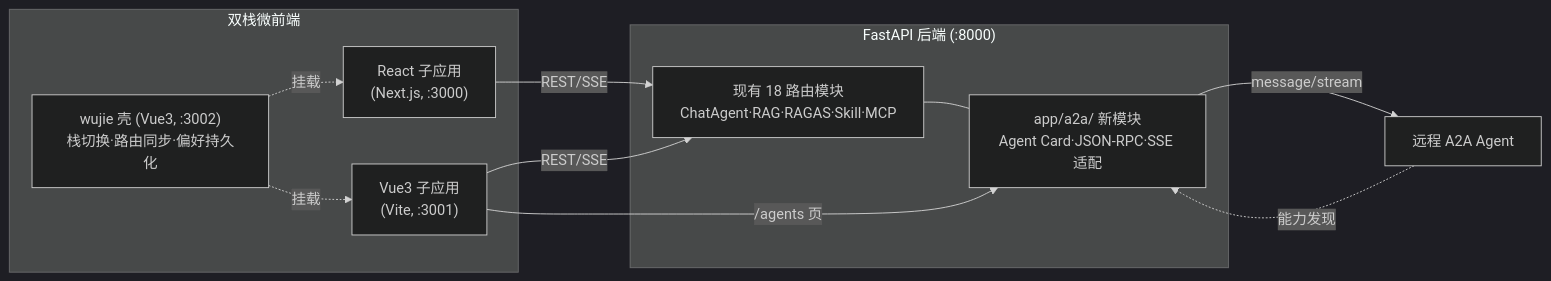
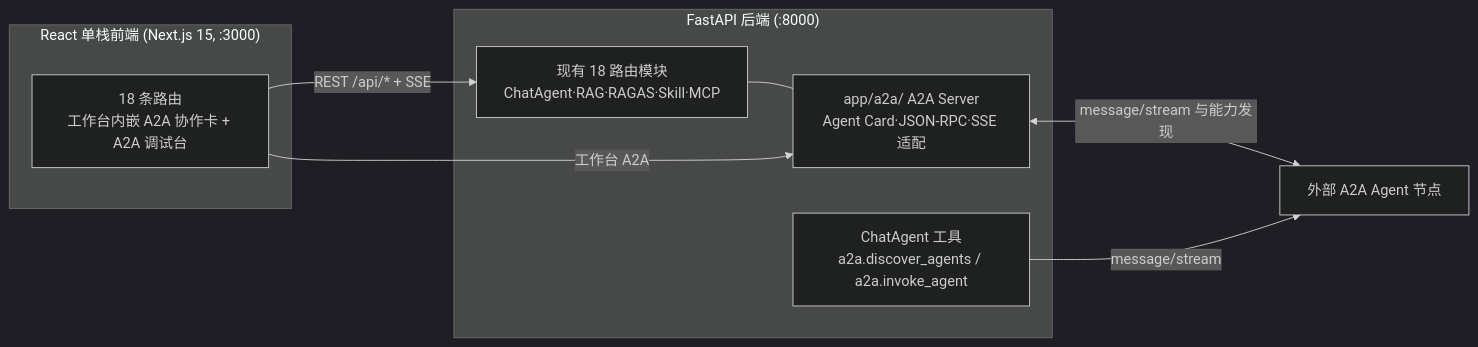
The diagram in docs/重构技术方案.md (WJLGraph/PRism), drawn with Mermaid (dark theme) before and after one commit. The commit also changed other lines of this file and 80 other files, not shown here.

First line of the commit message:
feat: 工作台内嵌 A2A 多智能体协作，移除 Vue 双栈

````diff
--- a/docs/重构技术方案.md
+++ b/docs/重构技术方案.md
@@ -11,20 +11,17 @@
 ```mermaid
 flowchart LR
-    subgraph FE["双栈微前端"]
-        SHELL["wujie 壳 (Vue3, :3002)<br/>栈切换·路由同步·偏好持久化"]
-        REACT["React 子应用<br/>(Next.js, :3000)"]
-        VUE["Vue3 子应用<br/>(Vite, :3001)"]
-        SHELL -.挂载.-> REACT
-        SHELL -.挂载.-> VUE
+    subgraph FE["React 单栈前端 (Next.js 15, :3000)"]
+        PAGE["18 条路由<br/>工作台内嵌 A2A 协作卡 + A2A 调试台"]
     end
     subgraph BE["FastAPI 后端 (:8000)"]
         API["现有 18 路由模块<br/>ChatAgent·RAG·RAGAS·Skill·MCP"]
-        A2A["app/a2a/ 新模块<br/>Agent Card·JSON-RPC·SSE 适配"]
+        A2A["app/a2a/ A2A Server<br/>Agent Card·JSON-RPC·SSE 适配"]
+        TOOLS["ChatAgent 工具<br/>a2a.discover_agents / a2a.invoke_agent"]
         API --- A2A
     end
-    REACT -->|REST/SSE| API
-    VUE -->|REST/SSE| API
-    A2A -->|message/stream| REMOTE["远程 A2A Agent"]
-    REMOTE -.能力发现.-> A2A
-    VUE -->|/agents 页| A2A
+    REMOTE["外部 A2A Agent 节点"]
+    PAGE -->|REST /api/* + SSE| API
+    PAGE -->|工作台 A2A| A2A
+    A2A <-->|message/stream 与能力发现| REMOTE
+    TOOLS -->|message/stream| REMOTE
 ```
````
